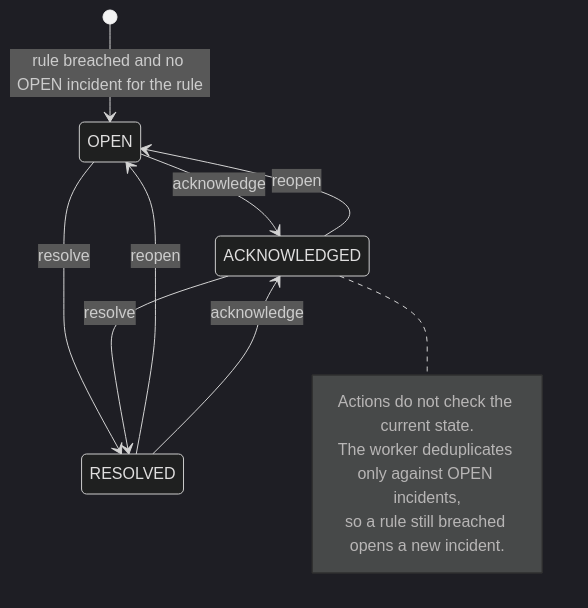
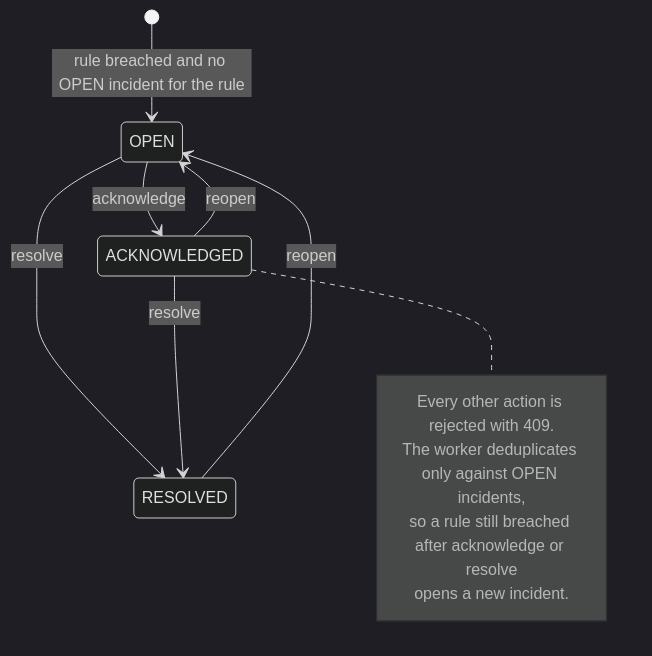
One commit to LanNguyenSi/telerithm changed the third of 3 diagrams in docs/architecture.md. Above: the diagram before and after it, drawn with Mermaid (dark theme). The commit also changed other lines of this file and 48 other files, not shown here.

````diff
--- a/docs/architecture.md
+++ b/docs/architecture.md
@@ -150,15 +150,15 @@
 ```mermaid
 stateDiagram-v2
   [*] --> OPEN: rule breached and no OPEN incident for the rule
   OPEN --> ACKNOWLEDGED: acknowledge
   OPEN --> RESOLVED: resolve
   ACKNOWLEDGED --> RESOLVED: resolve
   ACKNOWLEDGED --> OPEN: reopen
   RESOLVED --> OPEN: reopen
-  RESOLVED --> ACKNOWLEDGED: acknowledge
   note right of ACKNOWLEDGED
-    Actions do not check the current state.
+    Every other action is rejected with 409.
     The worker deduplicates only against OPEN incidents,
-    so a rule still breached opens a new incident.
+    so a rule still breached after acknowledge or resolve
+    opens a new incident.
   end note
 ```
````
